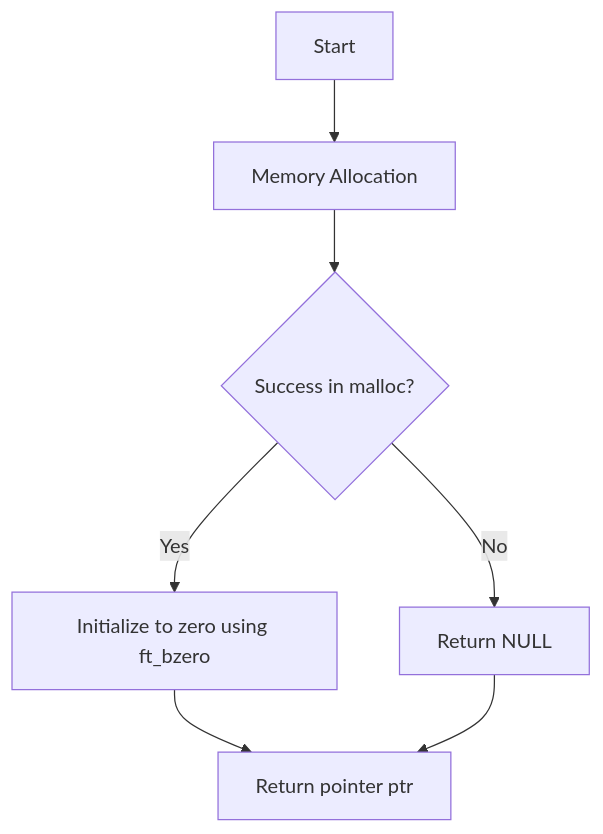
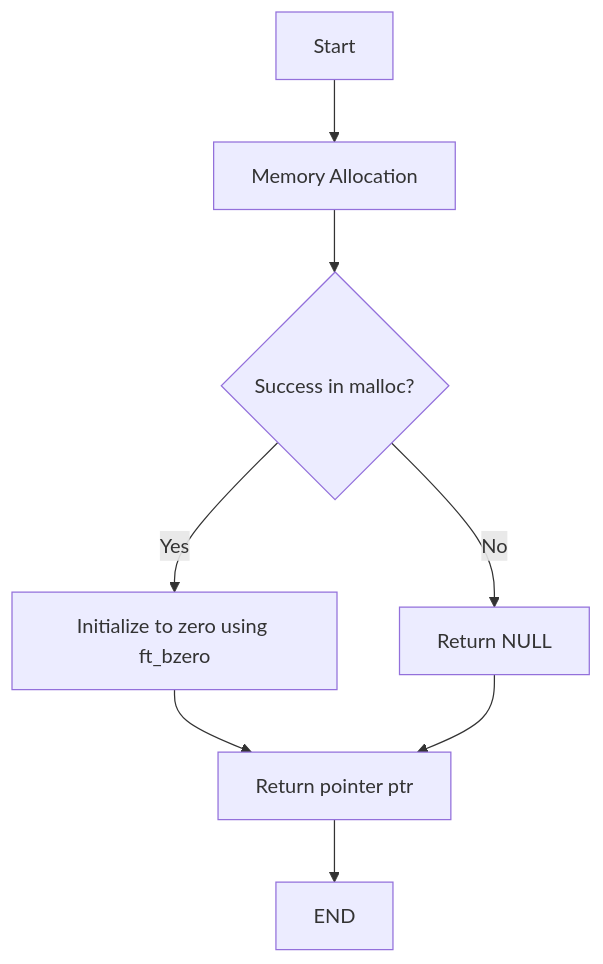
One commit to mgrl39/42Project changed diagram 13 of 13 in Libft/GUIDE.md. Above: the diagram before and after it, drawn with Mermaid.

````diff
--- a/Libft/GUIDE.md
+++ b/Libft/GUIDE.md
@@ -450,9 +450,10 @@
 ```mermaid
 graph TD;
-    A[Start] --> B[Memory Allocation];
-    B --> C{Success in malloc?};
-    C -- Yes --> D[Initialize to zero using ft_bzero];
-    C -- No --> E[Return NULL];
-    D --> F[Return pointer ptr];
-    E --> F;
+  A[Start] --> B[Memory Allocation];
+  B --> C{Success in malloc?};
+  C -- Yes --> D[Initialize to zero using ft_bzero];
+  C -- No --> E[Return NULL];
+  D --> F[Return pointer ptr];
+  E --> F;
+  F --> END;
 ```
````
